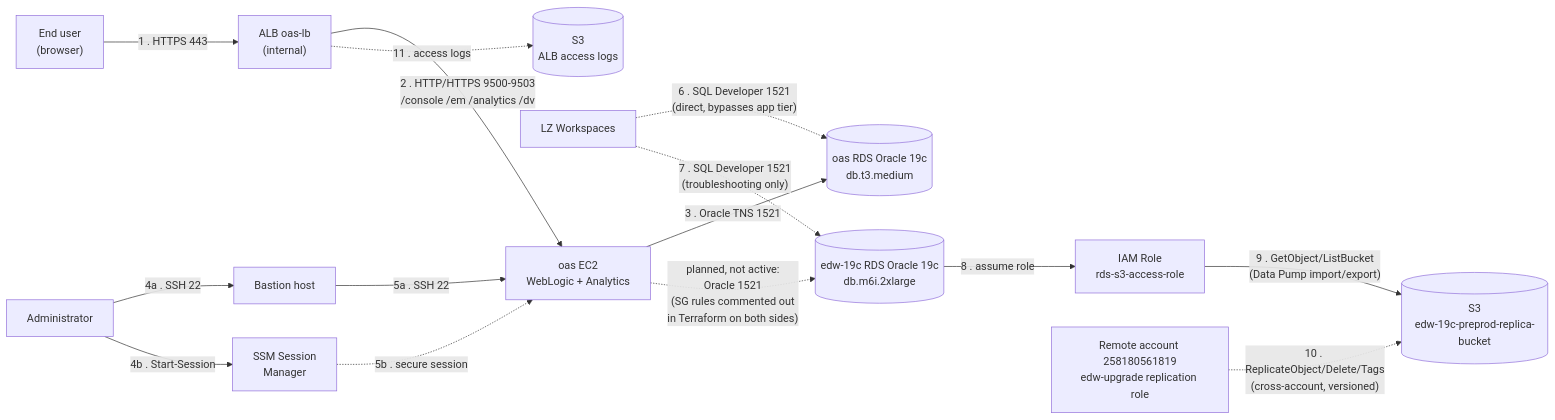
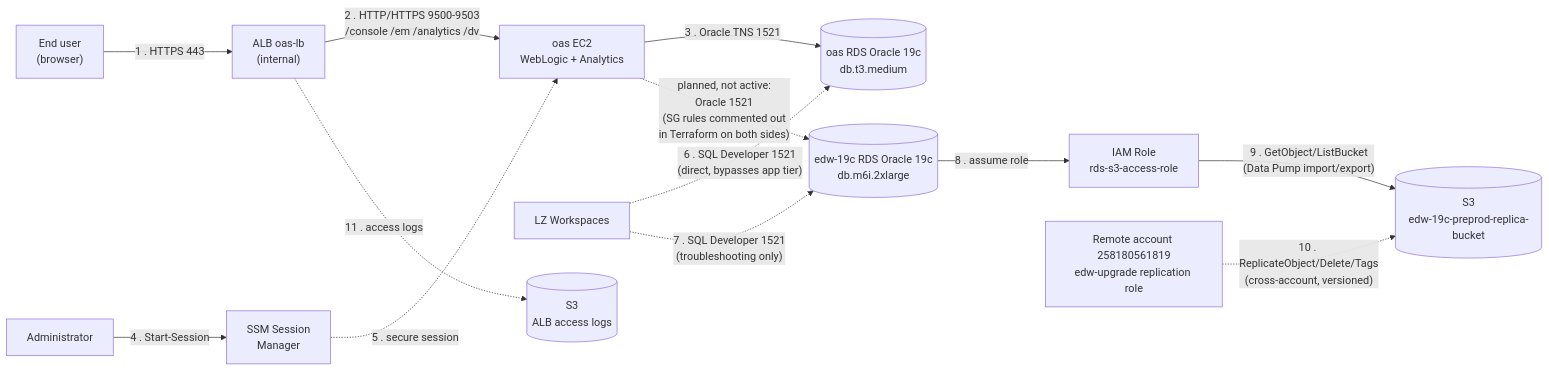
Before and after one commit to ministryofjustice/modernisation-platform-environments: the first of 3 diagrams in terraform/environments/oas/infra_docs_and_diagramms/aws-icons/00-combined-data-flow.md, drawn with Mermaid. The commit also changed other lines of this file and 7 other files, not shown here.

First line of the commit message:
STB-4338: update OAS architecture diagrams to remove bastion

````diff
--- a/terraform/environments/oas/infra_docs_and_diagramms/aws-icons/00-combined-data-flow.md
+++ b/terraform/environments/oas/infra_docs_and_diagramms/aws-icons/00-combined-data-flow.md
@@ -10,22 +10,20 @@
 ```mermaid
 flowchart LR
     USER["End user<br/>(browser)"] -->|"1 . HTTPS 443"| ALB["ALB oas-lb<br/>(internal)"]
     ALB -->|"2 . HTTP/HTTPS 9500-9503<br/>/console /em /analytics /dv"| EC2["oas EC2<br/>WebLogic + Analytics"]
     EC2 -->|"3 . Oracle TNS 1521"| RDSOAS[("oas RDS Oracle 19c<br/>db.t3.medium")]
 
-    ADMIN["Administrator"] -->|"4a . SSH 22"| BASTION["Bastion host"]
-    BASTION -->|"5a . SSH 22"| EC2
-    ADMIN -->|"4b . Start-Session"| SSM["SSM Session<br/>Manager"]
-    SSM -.->|"5b . secure session"| EC2
+    ADMIN["Administrator"] -->|"4 . Start-Session"| SSM["SSM Session<br/>Manager"]
+    SSM -.->|"5 . secure session"| EC2
 
     WS["LZ Workspaces"] -.->|"6 . SQL Developer 1521<br/>(direct, bypasses app tier)"| RDSOAS
     WS -.->|"7 . SQL Developer 1521<br/>(troubleshooting only)"| RDSEDW[("edw-19c RDS Oracle 19c<br/>db.m6i.2xlarge")]
 
     RDSEDW -->|"8 . assume role"| IAM["IAM Role<br/>rds-s3-access-role"]
     IAM -->|"9 . GetObject/ListBucket<br/>(Data Pump import/export)"| S3EDW[("S3<br/>edw-19c-preprod-replica-bucket")]
     REPL["Remote account 258180561819<br/>edw-upgrade replication role"] -.->|"10 . ReplicateObject/Delete/Tags<br/>(cross-account, versioned)"| S3EDW
 
     ALB -.->|"11 . access logs"| S3LOGS[("S3<br/>ALB access logs")]
 
     EC2 -.->|"planned, not active:<br/>Oracle 1521<br/>(SG rules commented out<br/>in Terraform on both sides)"| RDSEDW
 ```
````
